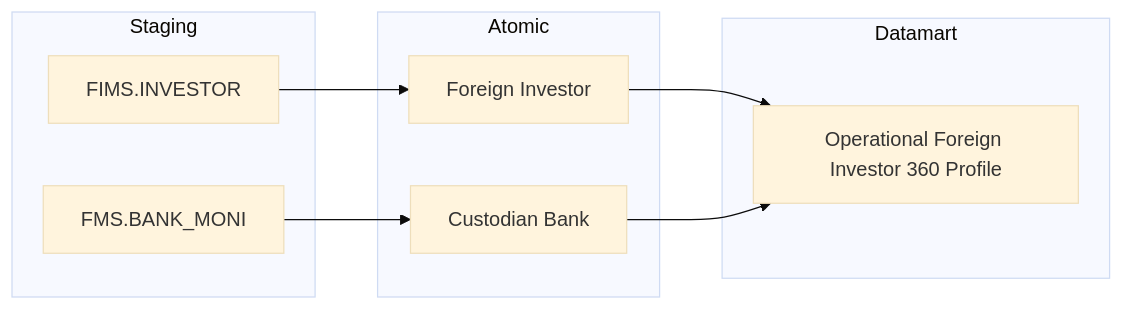
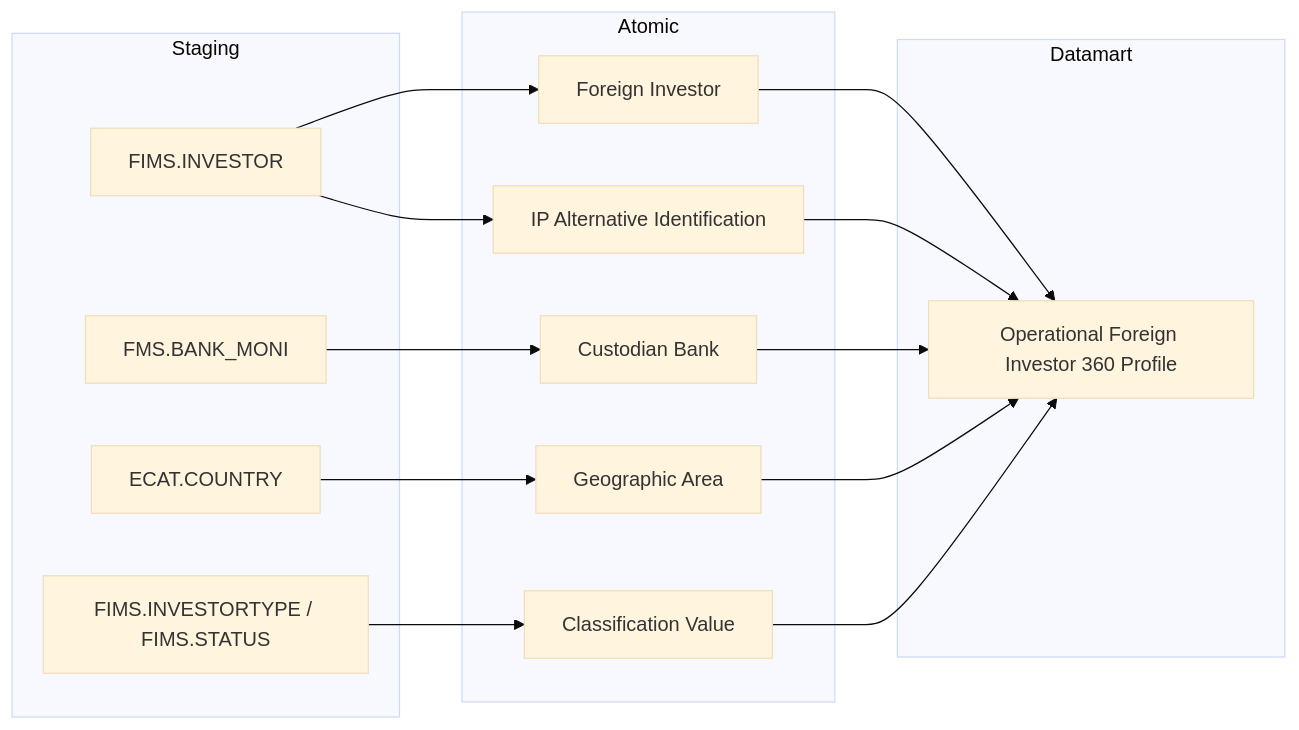
The third of 30 diagrams in Datamart/hld/DTM_NDTNN_HLD.md (linhlvit/ubck_atomic_design), drawn with Mermaid (base theme) before and after one commit. The commit also changed other lines of this file and 11 other files, not shown here.

````diff
--- a/Datamart/hld/DTM_NDTNN_HLD.md
+++ b/Datamart/hld/DTM_NDTNN_HLD.md
@@ -107,22 +107,33 @@
 ```mermaid
 flowchart LR
     subgraph SRC["Staging"]
         S1["FIMS.INVESTOR"]
         S2["FMS.BANK_MONI"]
+        S3["ECAT.COUNTRY"]
+        S4["FIMS.INVESTORTYPE / FIMS.STATUS"]
     end
 
     subgraph SIL["Atomic"]
         SV1["Foreign Investor"]
         SV2["Custodian Bank"]
+        SV3["Geographic Area"]
+        SV4["Classification Value"]
+        SV5["IP Alternative Identification"]
     end
 
     subgraph Datamart["Datamart"]
         G1["Operational Foreign Investor 360 Profile"]
     end
 
     S1 --> SV1
     S2 --> SV2
+    S3 --> SV3
+    S4 --> SV4
+    S1 --> SV5
 
     SV1 --> G1
     SV2 --> G1
+    SV3 --> G1
+    SV4 --> G1
+    SV5 --> G1
 ```
````
